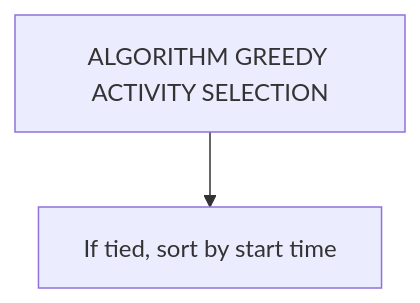
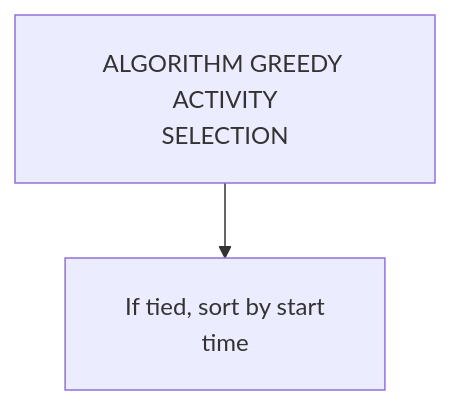
The second of 4 diagrams in week_12_greedy_and_paradigms/WEEK_12_FULL_PLAYBOOK.md (dip4k/DSA_102), drawn with Mermaid before and after one commit. The commit also changed other lines of this file and 108 other files, not shown here.

First line of the commit message:
fix(mermaid): resolve diagram clipping, padding, and syntax issues across repo

````diff
--- a/week_12_greedy_and_paradigms/WEEK_12_FULL_PLAYBOOK.md
+++ b/week_12_greedy_and_paradigms/WEEK_12_FULL_PLAYBOOK.md
@@ -551,5 +552,6 @@
 ```mermaid
+%%{init: {"flowchart": {"htmlLabels": true, "padding": 20}}}%%
 flowchart TD
-    R["ALGORITHM GREEDY ACTIVITY SELECTION"]
-    R --> N1["If tied, sort by start time"]
+    R["ALGORITHM GREEDY ACTIVITY<br/>SELECTION"]
+    R --> N1["If tied, sort by start<br/>time"]
 ```
````
